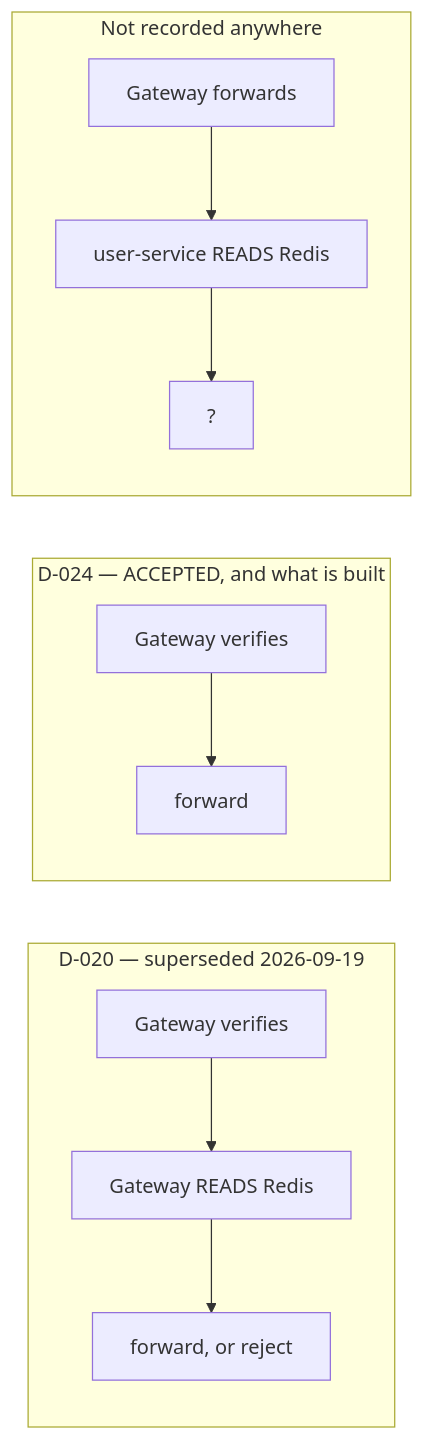
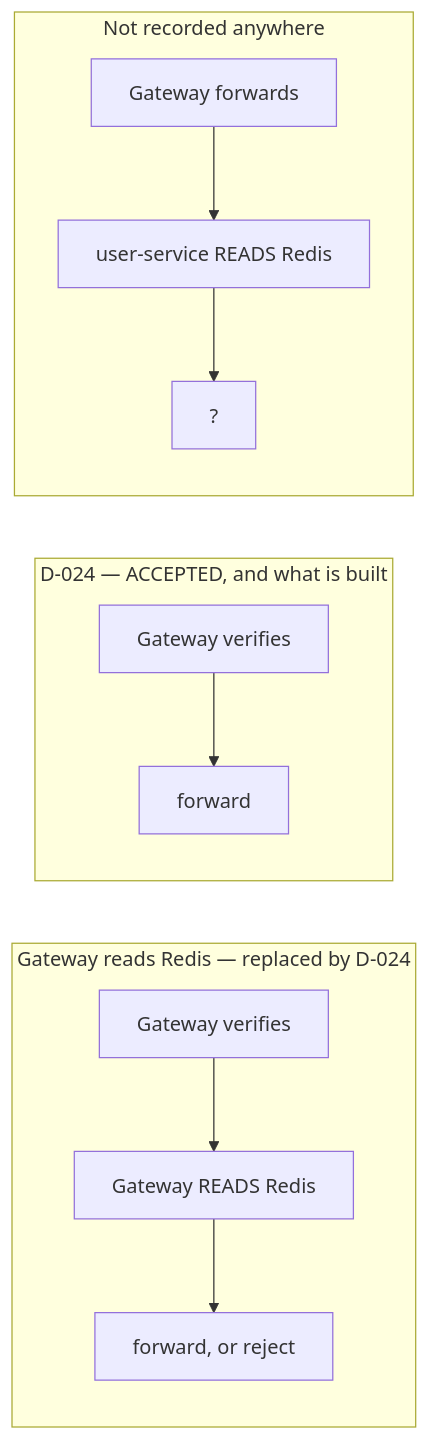
Before and after one commit to AY2627S1-CS3219-P2/FoC: the sixth of 6 diagrams in ai/decisions/architecture.md, drawn with Mermaid. The commit also changed other lines of this file and 3 other files, not shown here.

````diff
--- a/ai/decisions/architecture.md
+++ b/ai/decisions/architecture.md
@@ -258,15 +256,15 @@
 ```mermaid
 flowchart LR
-    subgraph A["D-020 — superseded 2026-09-19"]
+    subgraph A["Gateway reads Redis — replaced by D-024"]
         direction TB
         A1["Gateway verifies"] --> A2["Gateway READS Redis"] --> A3["forward, or reject"]
     end
     subgraph B["D-024 — ACCEPTED, and what is built"]
         direction TB
         B1["Gateway verifies"] --> B3["forward"]
     end
     subgraph C["Not recorded anywhere"]
         direction TB
         C1["Gateway forwards"] --> C2["user-service READS Redis"] --> C3["?"]
     end
 ```
````
